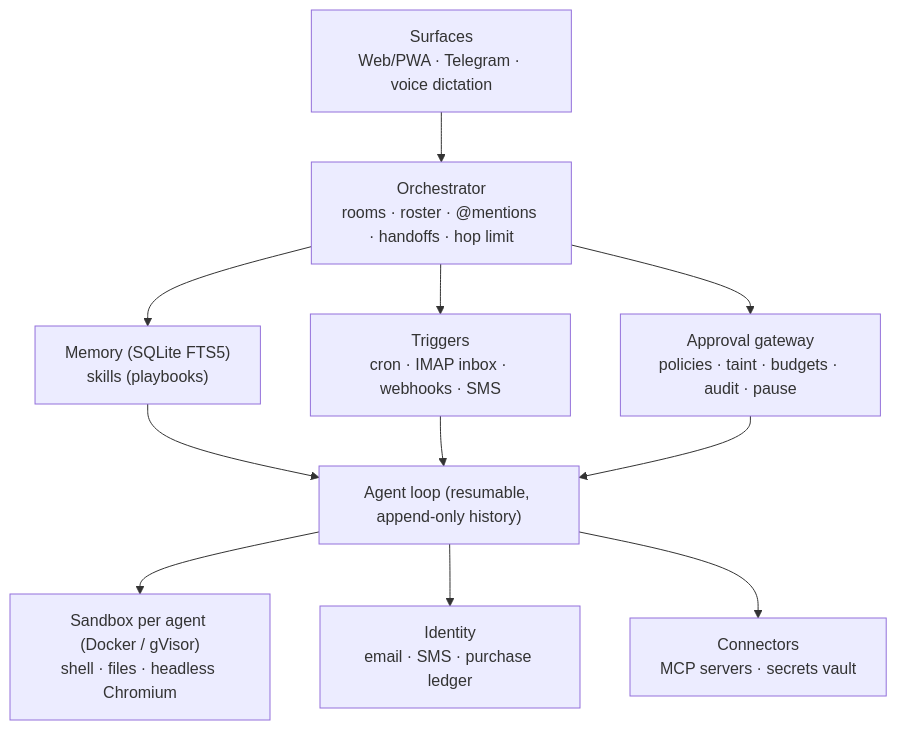
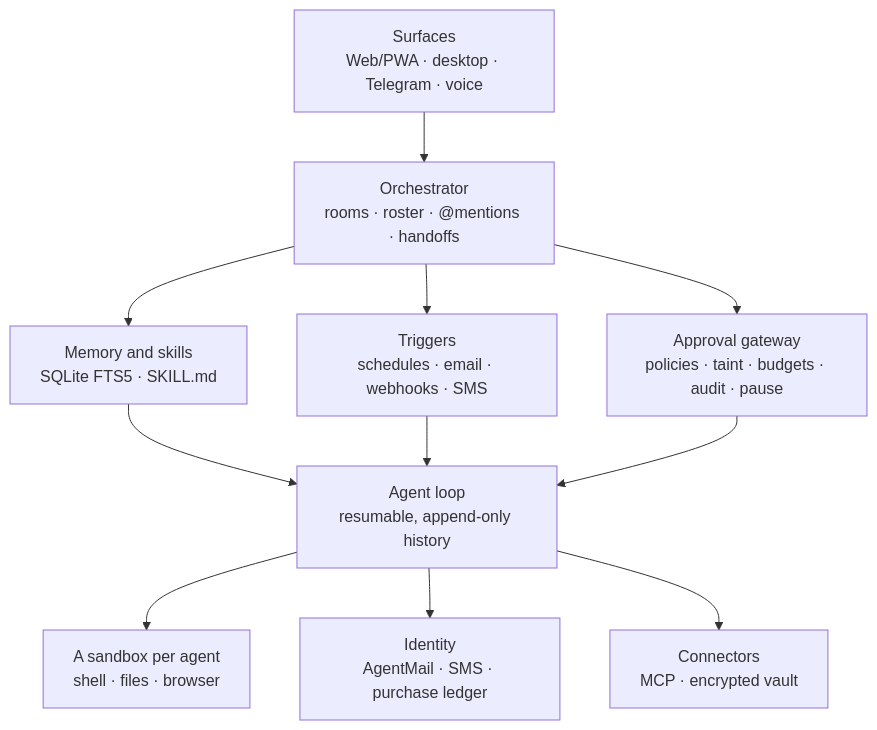
One commit to elysianoracle/Troupe changed the diagram in README.md. Above: the diagram before and after it, drawn with Mermaid. The commit also changed other lines of this file and 13 other files, not shown here.

````diff
--- a/README.md
+++ b/README.md
@@ -26,13 +178,13 @@
 ```mermaid
 flowchart TD
-    A["Surfaces<br/>Web/PWA · Telegram · voice dictation"] --> B["Orchestrator<br/>rooms · roster · @mentions · handoffs · hop limit"]
-    B --> C1["Memory (SQLite FTS5)<br/>skills (playbooks)"]
-    B --> C2["Triggers<br/>cron · IMAP inbox · webhooks · SMS"]
+    A["Surfaces<br/>Web/PWA · desktop · Telegram · voice"] --> B["Orchestrator<br/>rooms · roster · @mentions · handoffs"]
+    B --> C1["Memory and skills<br/>SQLite FTS5 · SKILL.md"]
+    B --> C2["Triggers<br/>schedules · email · webhooks · SMS"]
     B --> C3["Approval gateway<br/>policies · taint · budgets · audit · pause"]
-    C1 --> R["Agent loop (resumable, append-only history)"]
+    C1 --> R["Agent loop<br/>resumable, append-only history"]
     C2 --> R
     C3 --> R
-    R --> D1["Sandbox per agent (Docker / gVisor)<br/>shell · files · headless Chromium"]
-    R --> D2["Identity<br/>email · SMS · purchase ledger"]
-    R --> D3["Connectors<br/>MCP servers · secrets vault"]
+    R --> D1["A sandbox per agent<br/>shell · files · browser"]
+    R --> D2["Identity<br/>AgentMail · SMS · purchase ledger"]
+    R --> D3["Connectors<br/>MCP · encrypted vault"]
 ```
````
